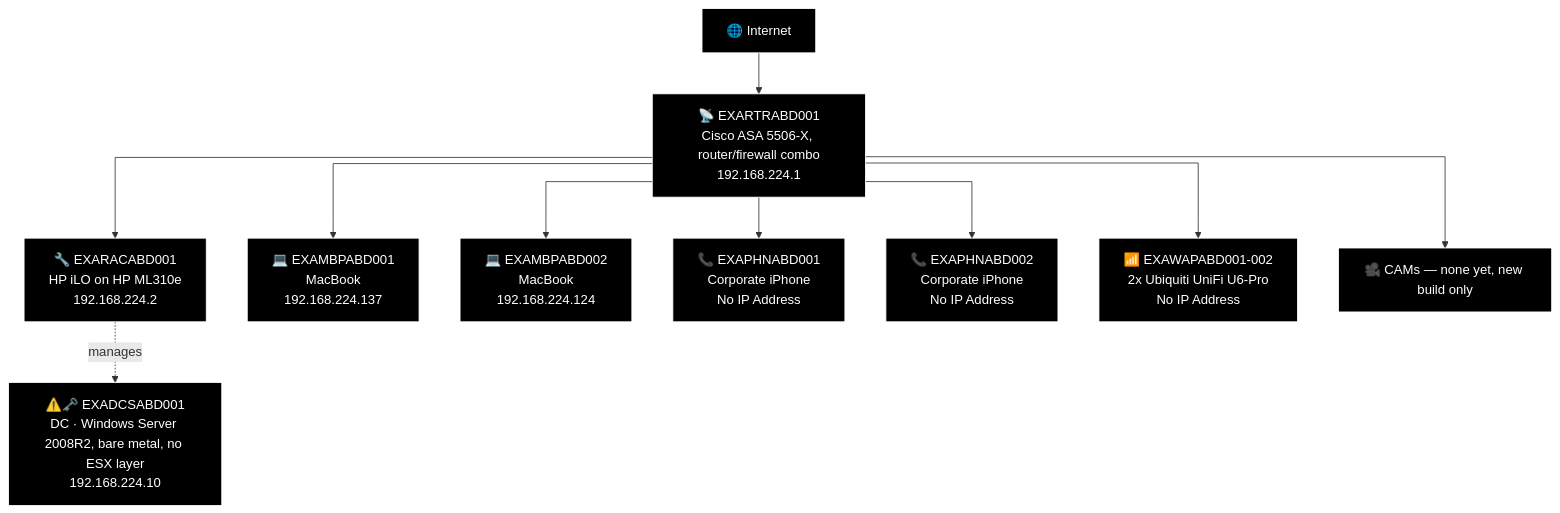
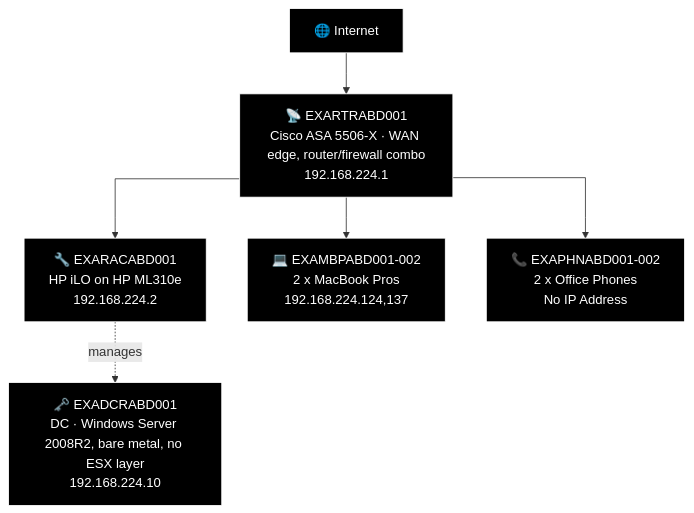
Before and after one commit to knightmare2600/example_music_infra: diagram 19 of 21 in docs/network-diagram/scotland.md, drawn with Mermaid. The commit also changed other lines of this file and 8 other files, not shown here.

````diff
--- a/docs/network-diagram/scotland.md
+++ b/docs/network-diagram/scotland.md
@@ -1116,36 +1091,24 @@
 ```mermaid
+%% GENERATED:OLDNETWORK:ABD:START
 %%{init: {'flowchart': {'curve': 'stepAfter'}}}%%
 graph TD
     O_INET["🌐 Internet"]
-    O_RTR["📡 EXARTRABD001<br/>Cisco ASA 5506-X, router/firewall combo<br/>192.168.224.1"]
+    O_RTR["📡 EXARTRABD001<br/>Cisco ASA 5506-X · WAN edge, router/firewall combo<br/>192.168.224.1"]
+    O_DCR["🗝️ EXADCRABD001<br/>DC · Windows Server 2008R2, bare metal, no ESX layer<br/>192.168.224.10"]
+    O_RAC["🔧 EXARACABD001<br/>HP iLO on HP ML310e<br/>192.168.224.2"]
+    O_MBP["💻 EXAMBPABD001-002<br/>2 x MacBook Pros<br/>192.168.224.124,137"]
+    O_PHN["📞 EXAPHNABD001-002<br/>2 x Office Phones<br/>No IP Address"]
     O_INET --> O_RTR
-
-    O_RAC["🔧 EXARACABD001<br/>HP iLO on HP ML310e<br/>192.168.224.2"]
-    O_DC["⚠️🗝️ EXADCSABD001<br/>DC · Windows Server 2008R2, bare metal, no ESX layer<br/>192.168.224.10"]
     O_RTR --> O_RAC
-    O_RAC -.->|"manages"| O_DC
-
-    O_MBP1["💻 EXAMBPABD001<br/>MacBook<br/>192.168.224.137"]
-    O_MBP2["💻 EXAMBPABD002<br/>MacBook<br/>192.168.224.124"]
-    O_PHN1["📞 EXAPHNABD001<br/>Corporate iPhone<br/>No IP Address"]
-    O_PHN2["📞 EXAPHNABD002<br/>Corporate iPhone<br/>No IP Address"]
-    O_WAP["📶 EXAWAPABD001-002<br/>2x Ubiquiti UniFi U6-Pro<br/>No IP Address"]
-    O_CAM["🎥 CAMs — none yet, new build only"]
-    O_RTR --> O_MBP1
-    O_RTR --> O_MBP2
-    O_RTR --> O_PHN1
-    O_RTR --> O_PHN2
-    O_RTR --> O_WAP
-    O_RTR --> O_CAM
+    O_RAC -.->|"manages"| O_DCR
+    O_RTR --> O_MBP
+    O_RTR --> O_PHN
 
     style O_INET fill:#000000,stroke:#FFFFFF,color:#FFFFFF
     style O_RTR fill:#000000,stroke:#FFFFFF,color:#FFFFFF
+    style O_DCR fill:#000000,stroke:#FFFFFF,color:#FFFFFF
     style O_RAC fill:#000000,stroke:#FFFFFF,color:#FFFFFF
-    style O_DC fill:#000000,stroke:#FFFFFF,color:#FFFFFF
-    style O_MBP1 fill:#000000,stroke:#FFFFFF,color:#FFFFFF
-    style O_MBP2 fill:#000000,stroke:#FFFFFF,color:#FFFFFF
-    style O_PHN1 fill:#000000,stroke:#FFFFFF,color:#FFFFFF
-    style O_PHN2 fill:#000000,stroke:#FFFFFF,color:#FFFFFF
-    style O_WAP fill:#000000,stroke:#FFFFFF,color:#FFFFFF
-    style O_CAM fill:#000000,stroke:#FFFFFF,color:#FFFFFF
+    style O_MBP fill:#000000,stroke:#FFFFFF,color:#FFFFFF
+    style O_PHN fill:#000000,stroke:#FFFFFF,color:#FFFFFF
+%% GENERATED:OLDNETWORK:ABD:END
 ```
````
